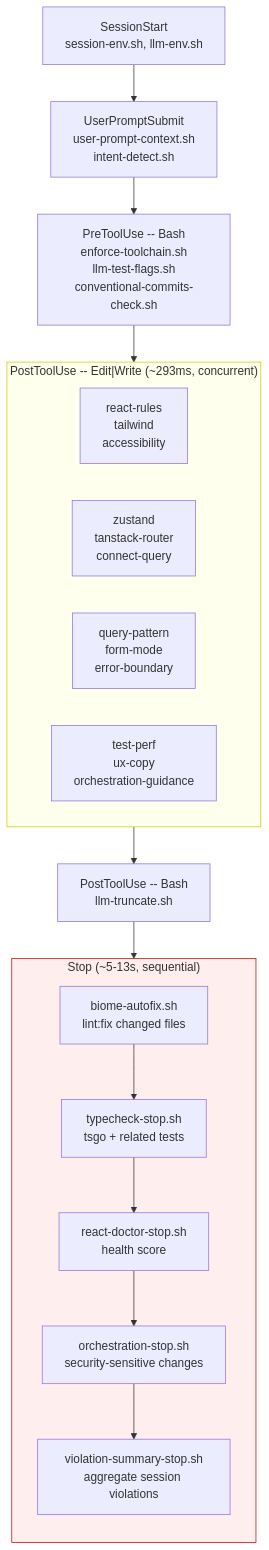
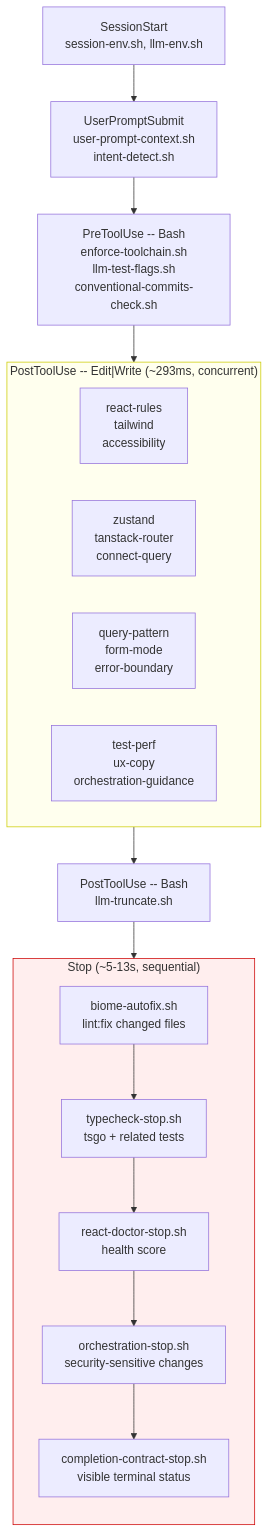
The second of 2 diagrams in README.md (malinskibeniamin/skills), drawn with Mermaid before and after one commit. The commit also changed other lines of this file and 65 other files, not shown here.

````diff
--- a/README.md
+++ b/README.md
@@ -207,31 +219,31 @@
 ```mermaid
 graph TD
     SS["SessionStart\nsession-env.sh, llm-env.sh"]
     UP["UserPromptSubmit\nuser-prompt-context.sh\nintent-detect.sh"]
     PRE["PreToolUse -- Bash\nenforce-toolchain.sh\nllm-test-flags.sh\nconventional-commits-check.sh"]
 
     subgraph POST ["PostToolUse -- Edit|Write (~293ms, concurrent)"]
         direction LR
         P1["react-rules\ntailwind\naccessibility"]
         P2["zustand\ntanstack-router\nconnect-query"]
         P3["query-pattern\nform-mode\nerror-boundary"]
         P4["test-perf\nux-copy\norchestration-guidance"]
     end
 
     PB["PostToolUse -- Bash\nllm-truncate.sh"]
 
     subgraph STOP ["Stop (~5-13s, sequential)"]
         direction TB
         ST1["biome-autofix.sh\nlint:fix changed files"]
         ST2["typecheck-stop.sh\ntsgo + related tests"]
         ST3["react-doctor-stop.sh\nhealth score"]
         ST4["orchestration-stop.sh\nsecurity-sensitive changes"]
-        ST5["violation-summary-stop.sh\naggregate session violations"]
+        ST5["completion-contract-stop.sh\nvisible terminal status"]
         ST1 --> ST2 --> ST3 --> ST4 --> ST5
     end
 
     SS --> UP --> PRE --> POST --> PB --> STOP
 
     style POST fill:#ffe,stroke:#cc0
     style STOP fill:#fee,stroke:#c00
 ```
````
